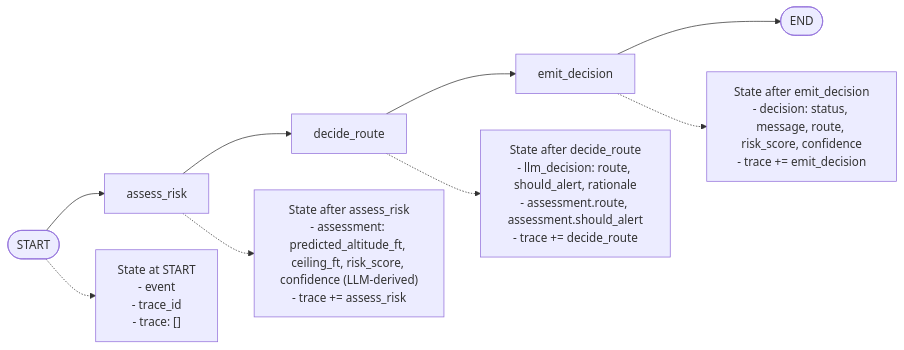
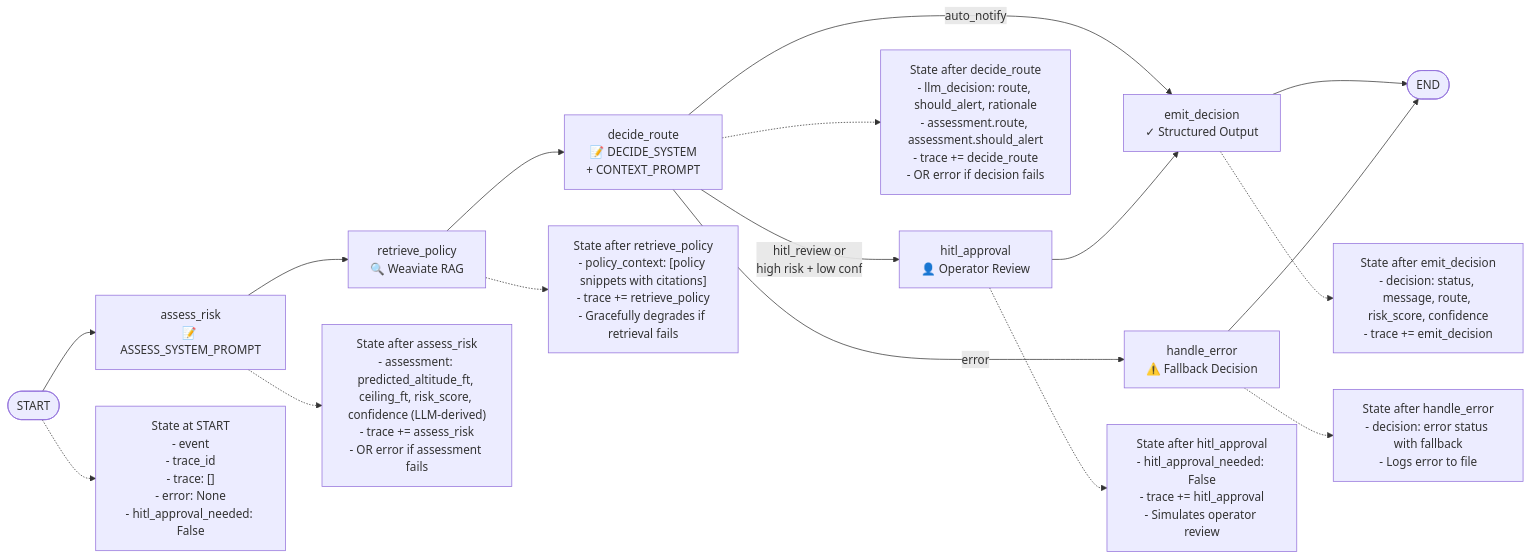
Before and after one commit to goodwillyoga/FAA-demo: the diagram in diagrams/langgraph-state-flow.mmd, drawn with Mermaid. The commit also changed 47 other files, not shown here.

```diff
--- a/diagrams/langgraph-state-flow.mmd
+++ b/diagrams/langgraph-state-flow.mmd
@@ -1,15 +1,26 @@
 flowchart LR
-    start([START]) --> assess[assess_risk]
-    assess --> decide[decide_route]
-    decide --> emit[emit_decision]
+    start([START]) --> assess["assess_risk<br/>📝 ASSESS_SYSTEM_PROMPT"]
+    assess --> retrieve["retrieve_policy<br/>🔍 Weaviate RAG"]
+    retrieve --> decide["decide_route<br/>📝 DECIDE_SYSTEM<br/>+ CONTEXT_PROMPT"]
+    decide -->|hitl_review or<br/>high risk + low conf| hitl["hitl_approval<br/>👤 Operator Review"]
+    decide -->|auto_notify| emit["emit_decision<br/>✓ Structured Output"]
+    decide -->|error| error["handle_error<br/>⚠️ Fallback Decision"]
+    hitl --> emit
     emit --> finish([END])
+    error --> finish
 
-    start_state["State at START\n- event\n- trace_id\n- trace: []"]
-    assess_state["State after assess_risk\n- assessment: predicted_altitude_ft, ceiling_ft, risk_score, confidence (LLM-derived)\n- trace += assess_risk"]
-    decide_state["State after decide_route\n- llm_decision: route, should_alert, rationale\n- assessment.route, assessment.should_alert\n- trace += decide_route"]
+    start_state["State at START\n- event\n- trace_id\n- trace: []\n- error: None\n- hitl_approval_needed: False"]
+    assess_state["State after assess_risk\n- assessment: predicted_altitude_ft, ceiling_ft, risk_score, confidence (LLM-derived)\n- trace += assess_risk\n- OR error if assessment fails"]
+    retrieve_state["State after retrieve_policy\n- policy_context: [policy snippets with citations]\n- trace += retrieve_policy\n- Gracefully degrades if retrieval fails"]
+    decide_state["State after decide_route\n- llm_decision: route, should_alert, rationale\n- assessment.route, assessment.should_alert\n- trace += decide_route\n- OR error if decision fails"]
+    hitl_state["State after hitl_approval\n- hitl_approval_needed: False\n- trace += hitl_approval\n- Simulates operator review"]
     emit_state["State after emit_decision\n- decision: status, message, route, risk_score, confidence\n- trace += emit_decision"]
+    error_state["State after handle_error\n- decision: error status with fallback\n- Logs error to file"]
 
     start -.-> start_state
     assess -.-> assess_state
+    retrieve -.-> retrieve_state
     decide -.-> decide_state
+    hitl -.-> hitl_state
     emit -.-> emit_state
+    error -.-> error_state
```
